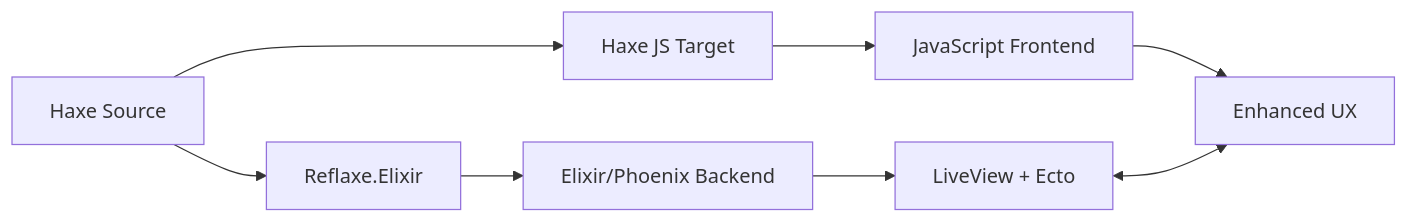
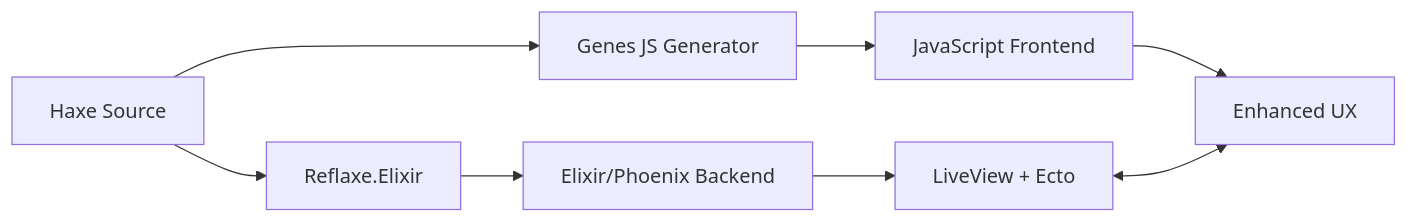
The diagram in examples/todo-app/README.md (fullofcaffeine/reflaxe.elixir), drawn with Mermaid before and after one commit. The commit also changed other lines of this file and 21 other files, not shown here.

````diff
--- a/examples/todo-app/README.md
+++ b/examples/todo-app/README.md
@@ -160,10 +160,10 @@
 ```mermaid
 graph LR
     A[Haxe Source] --> B[Reflaxe.Elixir]
-    A --> C[Haxe JS Target]
+    A --> C[Genes JS Generator]
     B --> D[Elixir/Phoenix Backend]
     C --> E[JavaScript Frontend]
     D --> F[LiveView + Ecto]
     E --> G[Enhanced UX]
     F <--> G
 ```
````
